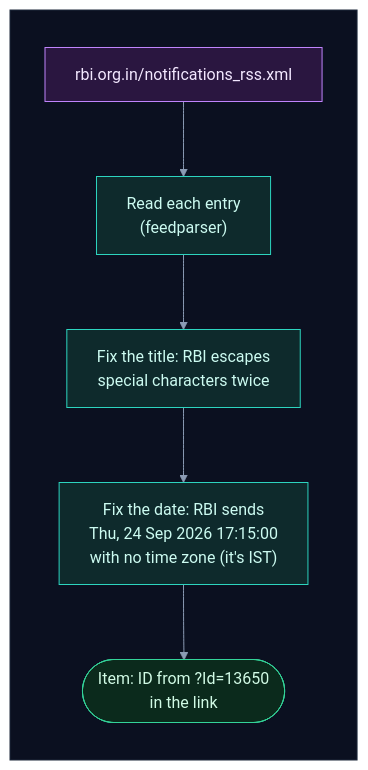
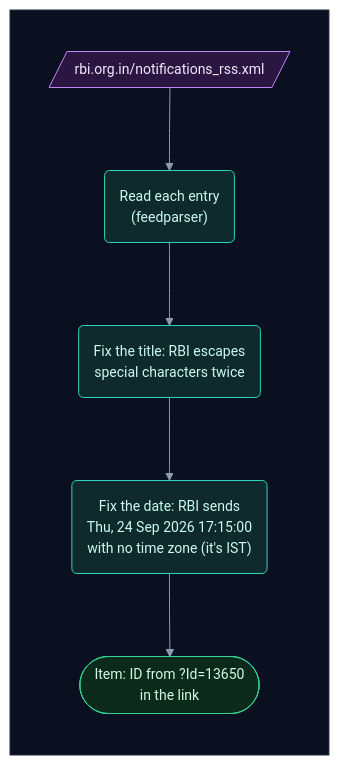
One commit to selvakumarperumal/Regulatory_Circular_Impact_Agent changed diagram 12 of 18 in how_the_watcher_works.md. Above: the diagram before and after it, drawn with Mermaid. The commit also changed other lines of this file and 5 other files, not shown here.

Commit message:
Give the docs' flowcharts a shape per kind of part, more room and slightly smaller text

````diff
--- a/how_the_watcher_works.md
+++ b/how_the_watcher_works.md
@@ -515,25 +515,25 @@
 ```mermaid
-%%{init: {"theme": "base", "flowchart": {"diagramPadding": 0}, "themeVariables": {"darkMode": true, "primaryColor": "#16213a", "primaryTextColor": "#e6edf7", "primaryBorderColor": "#475a7a", "lineColor": "#8b9bb4", "secondaryColor": "#1b2436", "tertiaryColor": "#101a2e", "edgeLabelBackground": "#0f172a", "textColor": "#e2e8f0", "clusterBkg": "#0f1728", "clusterBorder": "#2b3a55", "titleColor": "#c4b5fd", "nodeTextColor": "#e6edf7"}}}%%
+%%{init: {"theme": "base", "flowchart": {"diagramPadding": 0, "nodeSpacing": 58, "rankSpacing": 58, "curve": "basis"}, "themeVariables": {"fontSize": "14px", "darkMode": true, "primaryColor": "#16213a", "primaryTextColor": "#e6edf7", "primaryBorderColor": "#475a7a", "lineColor": "#8b9bb4", "secondaryColor": "#1b2436", "tertiaryColor": "#101a2e", "edgeLabelBackground": "#0f172a", "textColor": "#e2e8f0", "clusterBkg": "#0f1728", "clusterBorder": "#2b3a55", "titleColor": "#c4b5fd", "nodeTextColor": "#e6edf7"}}}%%
 flowchart TD
     subgraph canvas[" "]
         direction TB
-        a["rbi.org.in/notifications_rss.xml"] --> b["Read each entry<br/>(feedparser)"]
-        b --> c["Fix the title: RBI escapes<br/>special characters twice"]
-        c --> d["Fix the date: RBI sends<br/>Thu, 24 Sep 2026 17:15:00<br/>with no time zone (it's IST)"]
+        a[/"rbi.org.in/notifications_rss.xml"/] --> b("Read each entry<br/>(feedparser)")
+        b --> c("Fix the title: RBI escapes<br/>special characters twice")
+        c --> d("Fix the date: RBI sends<br/>Thu, 24 Sep 2026 17:15:00<br/>with no time zone (it's IST)")
         d --> e(["Item: ID from ?Id=13650<br/>in the link"])
     end
     classDef svc fill:#0e2a2c,stroke:#2dd4bf,color:#ccfbf1
     classDef data fill:#1c1a47,stroke:#818cf8,color:#e0e7ff
     classDef ext fill:#2a1640,stroke:#c084fc,color:#f3e8ff
     classDef gpu fill:#2d1b0c,stroke:#fb923c,color:#ffedd5
     classDef ask fill:#2a2410,stroke:#fbbf24,color:#fef3c7
     classDef ok fill:#0b2a1c,stroke:#34d399,color:#d1fae5
     classDef bad fill:#2e0f17,stroke:#fb7185,color:#ffe4e6
     classDef start fill:#1c2a0e,stroke:#a7ef6f,color:#ecfccb
     classDef muted fill:#1a2130,stroke:#64748b,color:#cbd5e1
     classDef queue fill:#0c2231,stroke:#38bdf8,color:#e0f2fe
     class a ext
     class b,c,d svc
     class e ok
     style canvas fill:#0b1020,stroke:#1e293b,color:#0b1020
 ```
````
